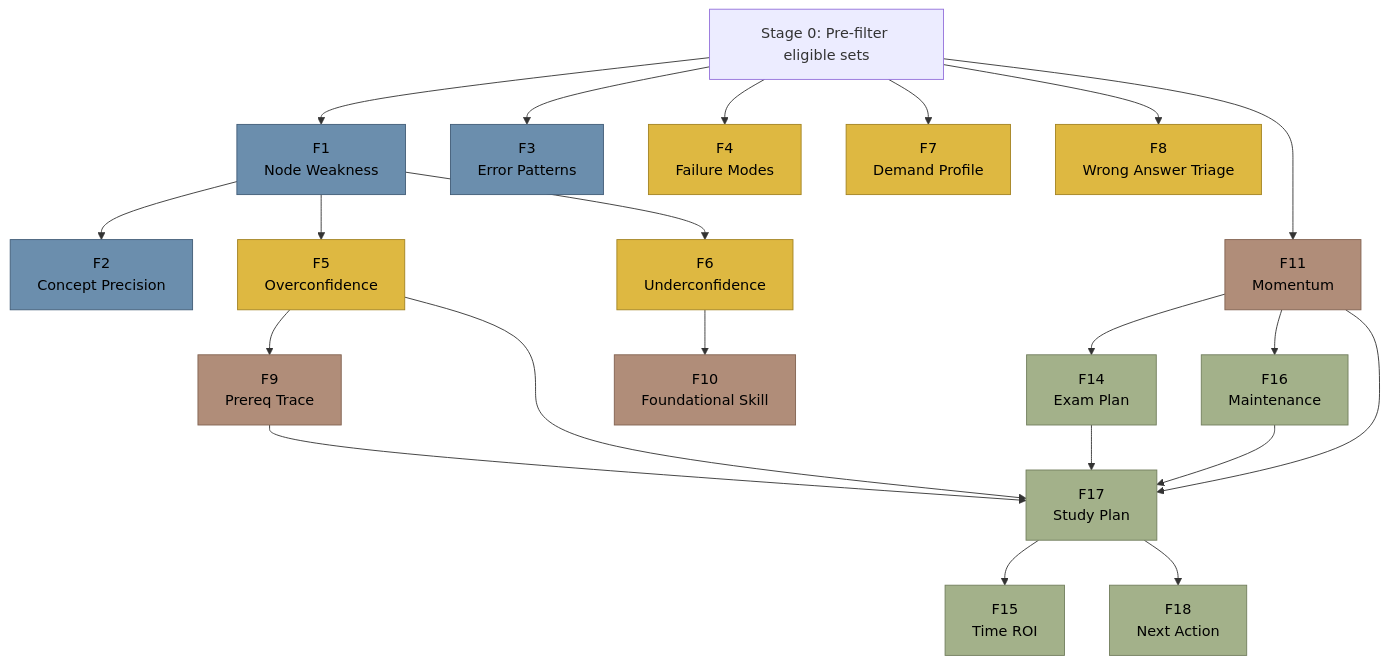
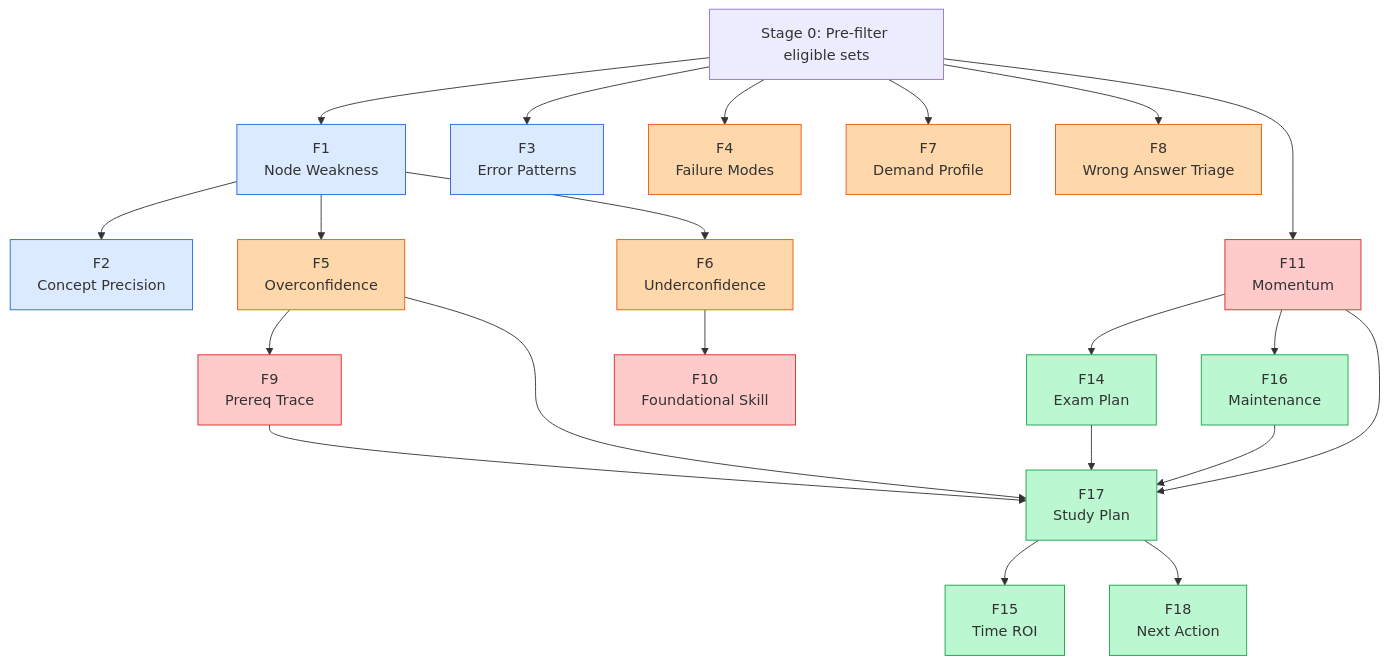
The second of 2 diagrams in README.md (devangi-08/LECO), drawn with Mermaid before and after one commit. The commit also changed other lines of this file, not shown here.

Commit message:
Revise README for clarity and project scope
Updated descriptions for clarity and precision, emphasizing actionable insights and the project's boundaries.

````diff
--- a/README.md
+++ b/README.md
@@ -81,54 +81,47 @@
 ```mermaid
 flowchart TD
     S0["Stage 0: Pre-filter eligible sets"]
 
     S0 --> F1["F1<br/>Node Weakness"]
     S0 --> F3["F3<br/>Error Patterns"]
     S0 --> F4["F4<br/>Failure Modes"]
     S0 --> F7["F7<br/>Demand Profile"]
     S0 --> F8["F8<br/>Wrong Answer Triage"]
 
     F1 --> F2["F2<br/>Concept Precision"]
     F1 --> F5["F5<br/>Overconfidence"]
     F1 --> F6["F6<br/>Underconfidence"]
 
     F5 --> F9["F9<br/>Prereq Trace"]
     F6 --> F10["F10<br/>Foundational Skill"]
     S0 --> F11["F11<br/>Momentum"]
 
     F11 --> F14["F14<br/>Exam Plan"]
     F11 --> F16["F16<br/>Maintenance"]
 
     F5 --> F17["F17<br/>Study Plan"]
     F9 --> F17
     F11 --> F17
     F14 --> F17
     F16 --> F17
 
     F17 --> F15["F15<br/>Time ROI"]
     F17 --> F18["F18<br/>Next Action"]
 
-    %% Dark Muted Cobalt Blue
-    style F1 fill:#6B8EAD,stroke:#415C77,color:#000000
-    style F2 fill:#6B8EAD,stroke:#415C77,color:#000000
-    style F3 fill:#6B8EAD,stroke:#415C77,color:#000000
-
-    %% Mustard
-    style F4 fill:#DEB841,stroke:#A38322,color:#000000
-    style F5 fill:#DEB841,stroke:#A38322,color:#000000
-    style F6 fill:#DEB841,stroke:#A38322,color:#000000
-    style F7 fill:#DEB841,stroke:#A38322,color:#000000
-    style F8 fill:#DEB841,stroke:#A38322,color:#000000
-
-    %% Muted Brown
-    style F9 fill:#B08D79,stroke:#826250,color:#000000
-    style F10 fill:#B08D79,stroke:#826250,color:#000000
-    style F11 fill:#B08D79,stroke:#826250,color:#000000
-
-    %% Olive Green
-    style F14 fill:#A3B18A,stroke:#727E5D,color:#000000
-    style F15 fill:#A3B18A,stroke:#727E5D,color:#000000
-    style F16 fill:#A3B18A,stroke:#727E5D,color:#000000
-    style F17 fill:#A3B18A,stroke:#727E5D,color:#000000
-    style F18 fill:#A3B18A,stroke:#727E5D,color:#000000
+    style F1 fill:#dbeafe,stroke:#2563eb
+    style F2 fill:#dbeafe,stroke:#2563eb
+    style F3 fill:#dbeafe,stroke:#2563eb
+    style F4 fill:#fed7aa,stroke:#ea580c
+    style F5 fill:#fed7aa,stroke:#ea580c
+    style F6 fill:#fed7aa,stroke:#ea580c
+    style F7 fill:#fed7aa,stroke:#ea580c
+    style F8 fill:#fed7aa,stroke:#ea580c
+    style F9 fill:#fecaca,stroke:#dc2626
+    style F10 fill:#fecaca,stroke:#dc2626
+    style F11 fill:#fecaca,stroke:#dc2626
+    style F14 fill:#bbf7d0,stroke:#16a34a
+    style F15 fill:#bbf7d0,stroke:#16a34a
+    style F16 fill:#bbf7d0,stroke:#16a34a
+    style F17 fill:#bbf7d0,stroke:#16a34a
+    style F18 fill:#bbf7d0,stroke:#16a34a
 ```
````
